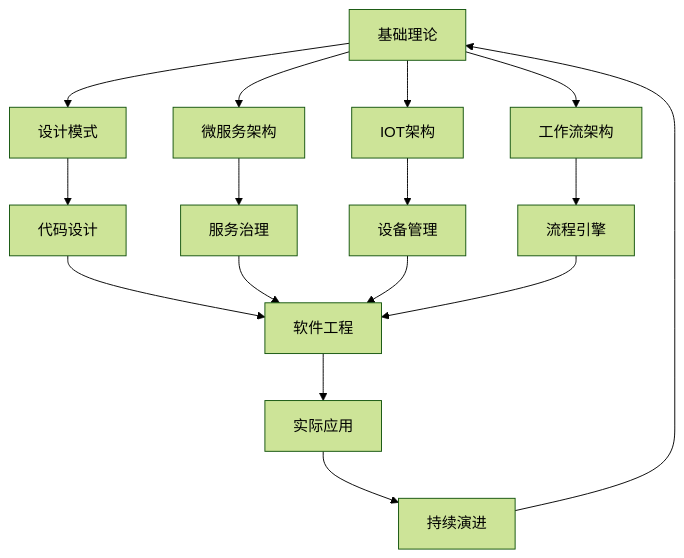
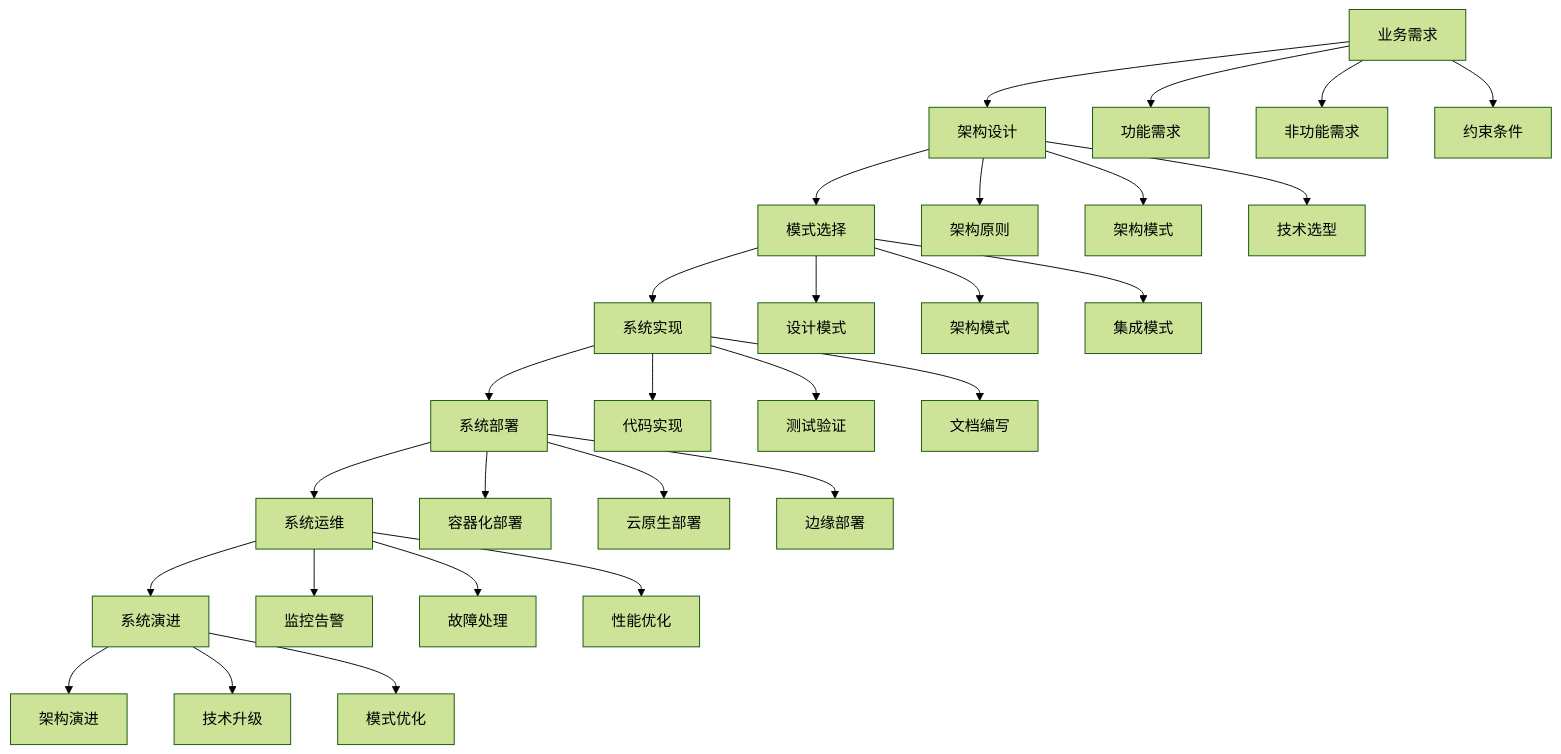
One commit to AdaMartin18010/Data-Science changed the diagram in Analysis/4-软件架构与工程/README.md. Above: the diagram before and after it, drawn with Mermaid (forest theme). The commit also changed other lines of this file and 16 other files, not shown here.

````diff
--- a/Analysis/4-软件架构与工程/README.md
+++ b/Analysis/4-软件架构与工程/README.md
@@ -37,21 +39,37 @@
 ```mermaid
 graph TB
-    A[基础理论] --> B[设计模式]
-    A --> C[微服务架构]
-    A --> D[IOT架构]
-    A --> E[工作流架构]
+    A[业务需求] --> B[架构设计]
+    B --> C[模式选择]
+    C --> D[系统实现]
+    D --> E[系统部署]
+    E --> F[系统运维]
+    F --> G[系统演进]
     
-    B --> F[代码设计]
-    C --> G[服务治理]
-    D --> H[设备管理]
-    E --> I[流程引擎]
+    A --> H[功能需求]
+    A --> I[非功能需求]
+    A --> J[约束条件]
     
-    F --> J[软件工程]
-    G --> J
-    H --> J
-    I --> J
+    B --> K[架构原则]
+    B --> L[架构模式]
+    B --> M[技术选型]
     
-    J --> K[实际应用]
-    K --> L[持续演进]
-    L --> A
+    C --> N[设计模式]
+    C --> O[架构模式]
+    C --> P[集成模式]
+    
+    D --> Q[代码实现]
+    D --> R[测试验证]
+    D --> S[文档编写]
+    
+    E --> T[容器化部署]
+    E --> U[云原生部署]
+    E --> V[边缘部署]
+    
+    F --> W[监控告警]
+    F --> X[故障处理]
+    F --> Y[性能优化]
+    
+    G --> Z[架构演进]
+    G --> AA[技术升级]
+    G --> BB[模式优化]
 ```
````
